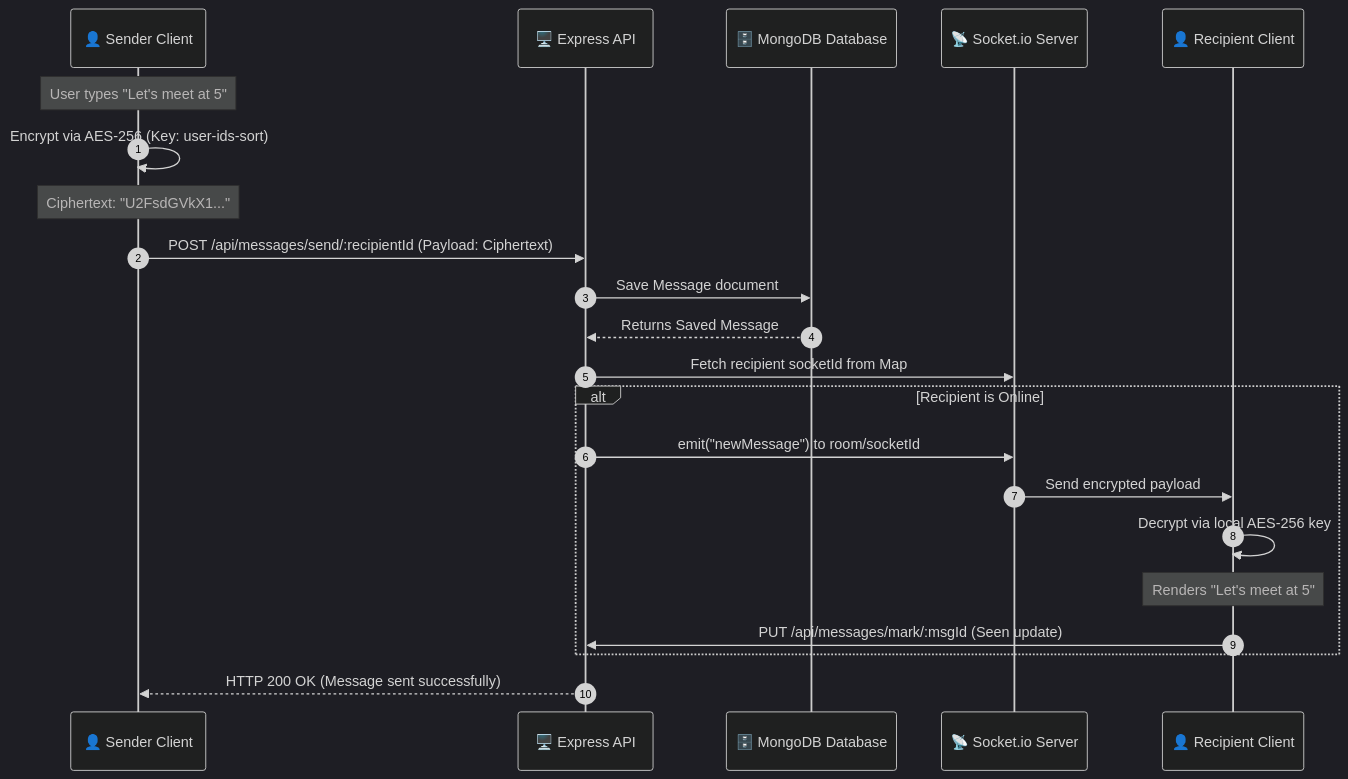
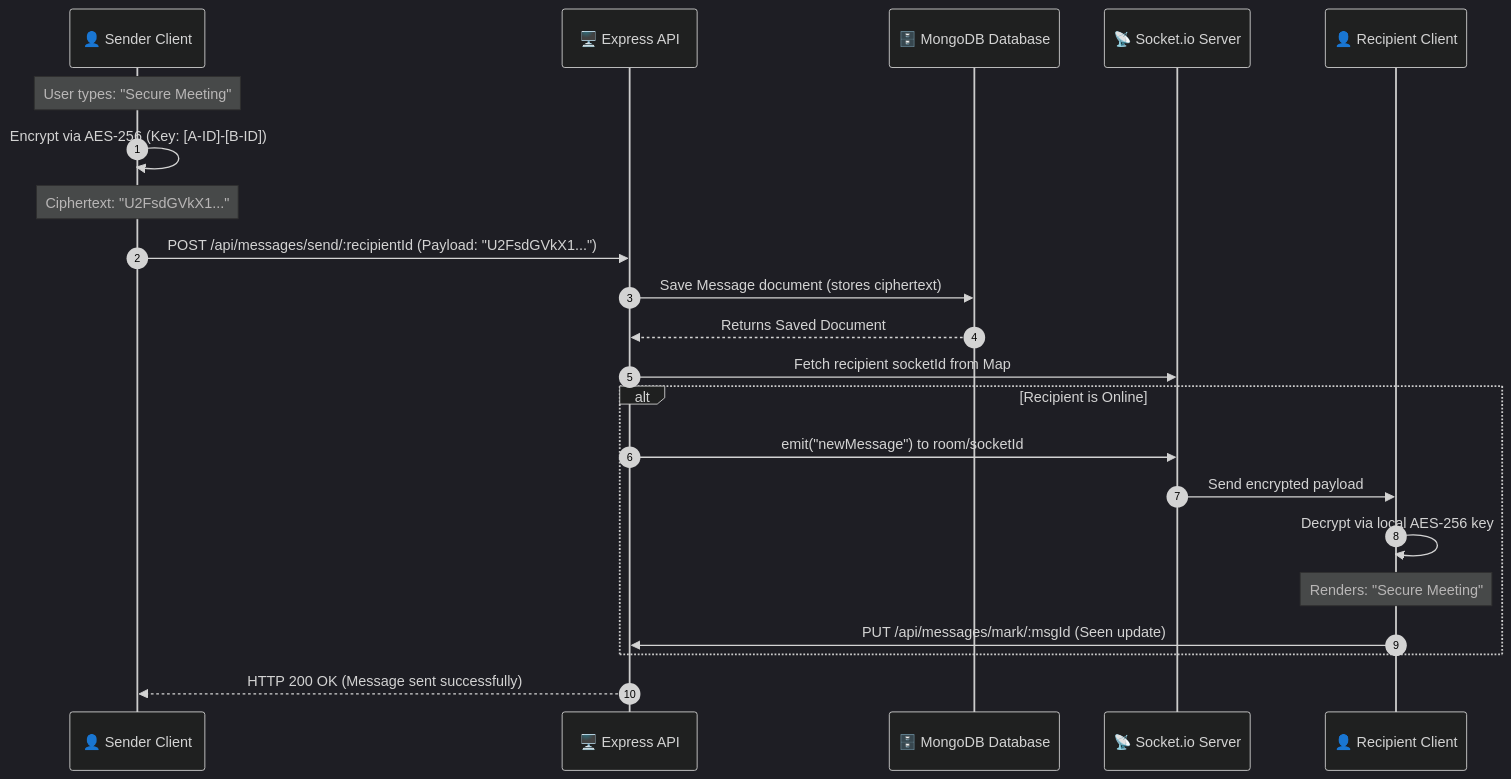
The second of 4 diagrams in README.md (SarthakDudhe/ChatApplication), drawn with Mermaid (dark theme) before and after one commit. The commit also changed other lines of this file, not shown here.

Commit message:
docs: rename project to Dialogue and update README with Llama-4 integration, architectural improvements, and new visual placeholders

````diff
--- a/README.md
+++ b/README.md
@@ -182,25 +202,25 @@
 ```mermaid
 sequenceDiagram
     autonumber
     participant ClientA as 👤 Sender Client
     participant Express as 🖥️ Express API
     participant MongoDB as 🗄️ MongoDB Database
     participant SocketServer as 📡 Socket.io Server
     participant ClientB as 👤 Recipient Client
 
-    Note over ClientA: User types "Let's meet at 5"
-    ClientA->>ClientA: Encrypt via AES-256 (Key: user-ids-sort)
+    Note over ClientA: User types: "Secure Meeting"
+    ClientA->>ClientA: Encrypt via AES-256 (Key: [A-ID]-[B-ID])
     Note over ClientA: Ciphertext: "U2FsdGVkX1..."
-    ClientA->>Express: POST /api/messages/send/:recipientId (Payload: Ciphertext)
-    Express->>MongoDB: Save Message document
-    MongoDB-->>Express: Returns Saved Message
+    ClientA->>Express: POST /api/messages/send/:recipientId (Payload: "U2FsdGVkX1...")
+    Express->>MongoDB: Save Message document (stores ciphertext)
+    MongoDB-->>Express: Returns Saved Document
     Express->>SocketServer: Fetch recipient socketId from Map
     alt Recipient is Online
         Express->>SocketServer: emit("newMessage") to room/socketId
         SocketServer->>ClientB: Send encrypted payload
         ClientB->>ClientB: Decrypt via local AES-256 key
-        Note over ClientB: Renders "Let's meet at 5"
+        Note over ClientB: Renders: "Secure Meeting"
         ClientB->>Express: PUT /api/messages/mark/:msgId (Seen update)
     end
     Express-->>ClientA: HTTP 200 OK (Message sent successfully)
 ```
````
